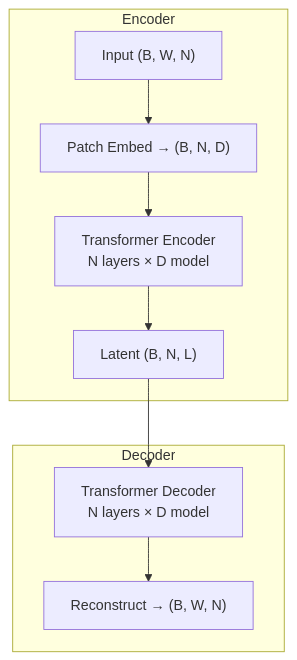
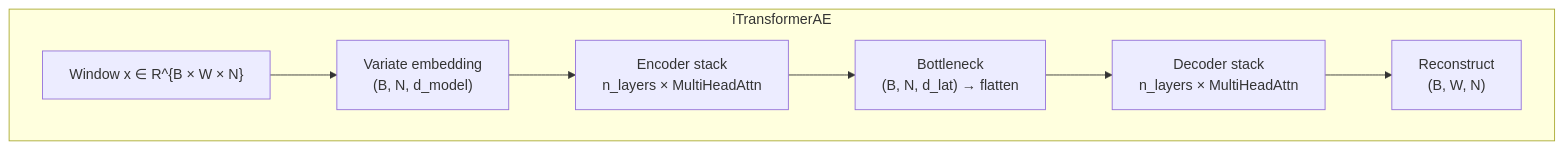
One commit to CompSci-Squad/tcc_ai changed the second of 2 diagrams in README.md. Above: the diagram before and after it, drawn with Mermaid. The commit also changed other lines of this file and 53 other files, not shown here.

````diff
--- a/README.md
+++ b/README.md
@@ -21,12 +31,10 @@
 ```mermaid
 flowchart TB
-    subgraph Encoder
-        X["Input (B, W, N)"] --> P["Patch Embed → (B, N, D)"]
-        P --> TE["Transformer Encoder\nN layers × D model"]
-        TE --> Z["Latent (B, N, L)"]
-    end
-    subgraph Decoder
-        Z --> TD["Transformer Decoder\nN layers × D model"]
-        TD --> R["Reconstruct → (B, W, N)"]
+    subgraph iTransformerAE
+        X["Window x ∈ R^{B × W × N}"] --> P["Variate embedding<br/>(B, N, d_model)"]
+        P --> TE["Encoder stack<br/>n_layers × MultiHeadAttn"]
+        TE --> Z["Bottleneck<br/>(B, N, d_lat) → flatten"]
+        Z --> TD["Decoder stack<br/>n_layers × MultiHeadAttn"]
+        TD --> R["Reconstruct<br/>(B, W, N)"]
     end
 ```
````
